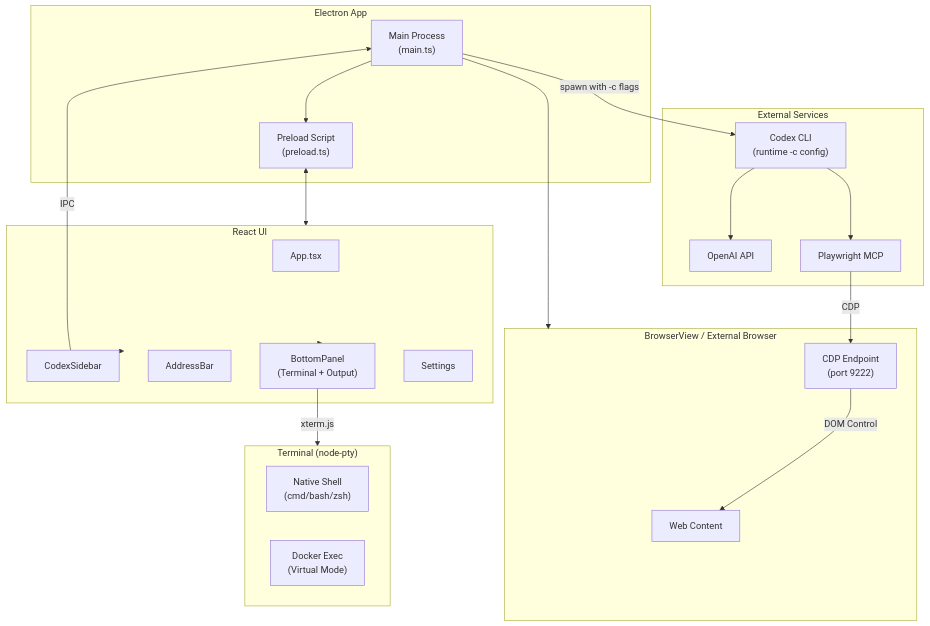
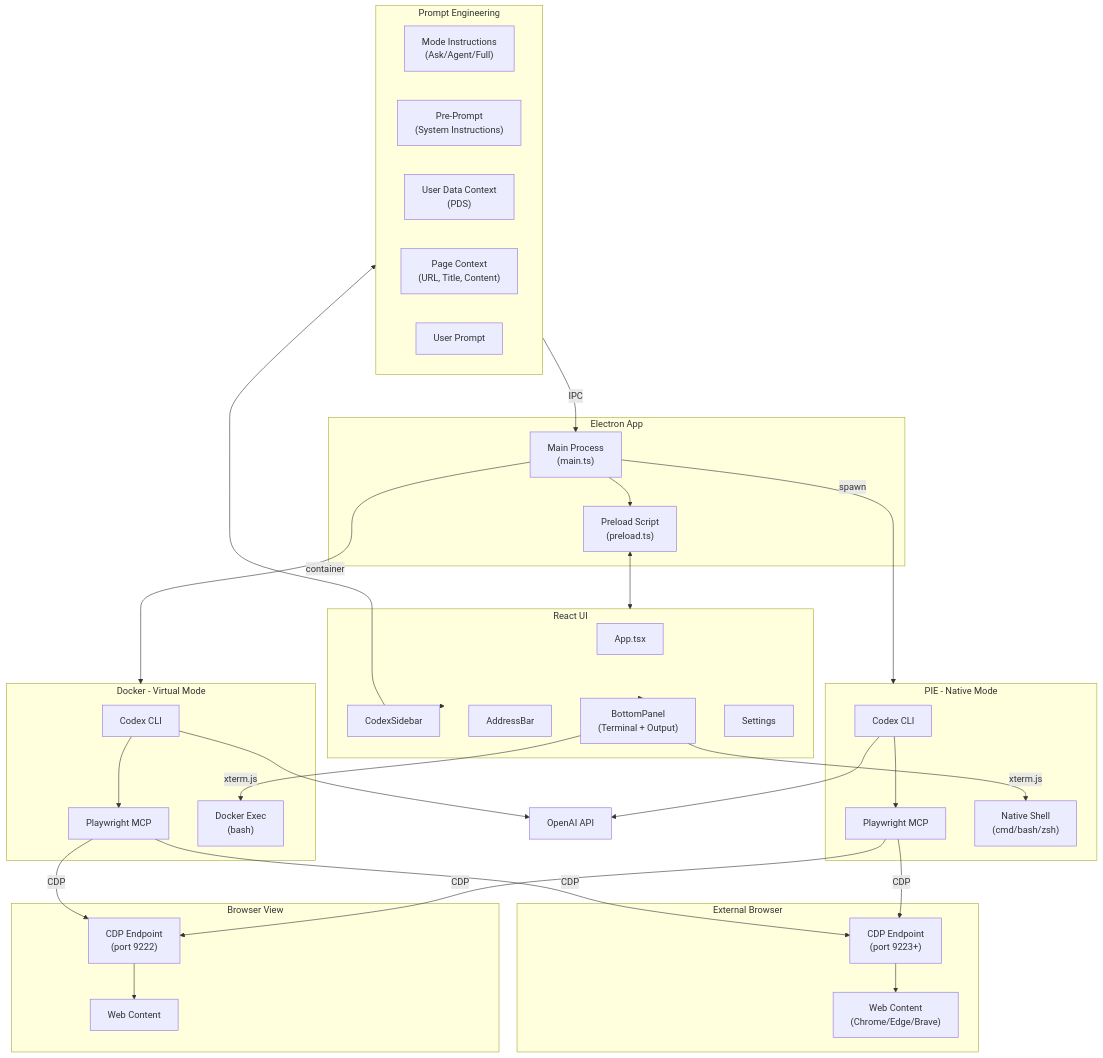
Before and after one commit to fkiller/GnuNae: the diagram in README.md, drawn with Mermaid.

Commit message:
Architecture diagram updated

````diff
--- a/README.md
+++ b/README.md
@@ -13,44 +13,75 @@
 ```mermaid
 graph TB
     subgraph Electron["Electron App"]
         Main["Main Process<br/>(main.ts)"]
         Preload["Preload Script<br/>(preload.ts)"]
     end
     
     subgraph UI["React UI"]
         App["App.tsx"]
         Sidebar["CodexSidebar"]
         AddressBar["AddressBar"]
         BottomPanel["BottomPanel<br/>(Terminal + Output)"]
         Settings["Settings"]
     end
     
-    subgraph Browser["BrowserView / External Browser"]
-        WebPage["Web Content"]
-        CDP["CDP Endpoint<br/>(port 9222)"]
+    subgraph PromptEngine["Prompt Engineering"]
+        ModeInstr["Mode Instructions<br/>(Ask/Agent/Full)"]
+        PrePrompt["Pre-Prompt<br/>(System Instructions)"]
+        UserData["User Data Context<br/>(PDS)"]
+        PageContext["Page Context<br/>(URL, Title, Content)"]
+        UserPrompt["User Prompt"]
     end
     
-    subgraph External["External Services"]
-        Codex["Codex CLI<br/>(runtime -c config)"]
-        OpenAI["OpenAI API"]
-        Playwright["Playwright MCP"]
+    subgraph BrowserView["Browser View"]
+        InternalPage["Web Content"]
+        InternalCDP["CDP Endpoint<br/>(port 9222)"]
     end
     
-    subgraph Terminal["Terminal (node-pty)"]
-        NativePTY["Native Shell<br/>(cmd/bash/zsh)"]
-        DockerExec["Docker Exec<br/>(Virtual Mode)"]
+    subgraph ExternalBrowser["External Browser"]
+        ExternalPage["Web Content<br/>(Chrome/Edge/Brave)"]
+        ExternalCDP["CDP Endpoint<br/>(port 9223+)"]
     end
     
+    subgraph PIE["PIE - Native Mode"]
+        NativeCodex["Codex CLI"]
+        NativePlaywright["Playwright MCP"]
+        NativeTerminal["Native Shell<br/>(cmd/bash/zsh)"]
+    end
+    
+    subgraph Docker["Docker - Virtual Mode"]
+        DockerCodex["Codex CLI"]
+        DockerPlaywright["Playwright MCP"]
+        DockerTerminal["Docker Exec<br/>(bash)"]
+    end
+    
+    OpenAI["OpenAI API"]
+    
     Main --> Preload
-    Main --> Browser
     Preload <--> UI
     UI --> Sidebar
     UI --> BottomPanel
-    BottomPanel --> |xterm.js| Terminal
-    Sidebar --> |IPC| Main
-    Main --> |spawn with -c flags| Codex
-    Codex --> OpenAI
-    Codex --> Playwright
-    Playwright --> |CDP| CDP
-    CDP --> |DOM Control| WebPage
+    
+    Sidebar --> PromptEngine
+    PromptEngine --> |IPC| Main
+    
+    Main --> |spawn| PIE
+    Main --> |container| Docker
+    
+    BottomPanel --> |xterm.js| NativeTerminal
+    BottomPanel --> |xterm.js| DockerTerminal
+    
+    NativeCodex --> OpenAI
+    DockerCodex --> OpenAI
+    
+    NativeCodex --> NativePlaywright
+    DockerCodex --> DockerPlaywright
+    
+    NativePlaywright --> |CDP| InternalCDP
+    NativePlaywright --> |CDP| ExternalCDP
+    DockerPlaywright --> |CDP| InternalCDP
+    DockerPlaywright --> |CDP| ExternalCDP
+    
+    InternalCDP --> InternalPage
+    ExternalCDP --> ExternalPage
 ```
````
